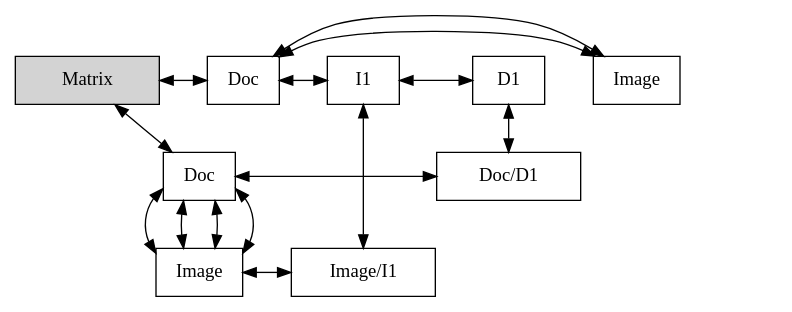
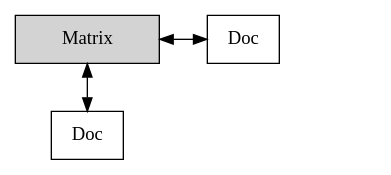
The diagram in MatrixDot.dot (EH0809/EDD_2S2019_PY2_201520498), drawn with Graphviz before and after one commit.

```diff
--- a/MatrixDot.dot
+++ b/MatrixDot.dot
@@ -1,40 +1,12 @@
 digraph Sparse_Matrix{
 node [shape=box]
 graph[nodesep = 0.5];
 Terminal [ label = "Matrix", width = 1.5, style = filled, group = 0 ];
 e0[ shape = point, width = 0 ]
 e1[ shape = point, width = 0 ]
 Terminal -> YDoc [dir=both];
-YDoc[label = "Doc " , group =0];
-YDoc-> YImage[dir=both];
-YDoc-> nD1_Doc[dir=both];
-{ rank = same; YDoc; nD1_Doc }
-YImage[label = "Image " , group =0];
-YImage-> YDoc[dir=both];
-YImage-> nI1_Image[dir=both];
-{ rank = same; YImage; nI1_Image }
-YDoc[label = "Doc " , group =0];
-YDoc-> YImage[dir=both];
-YImage[label = "Image " , group =0];
-YImage-> YDoc[dir=both];
 YDoc[label = "Doc " ,group =X0];
 Terminal -> XDoc [dir=both];
-XDoc[label = "Doc "  , group = XDoc];
-XDoc-> XImage[dir=both];
+XDoc[label = "Doc " , group =XDoc];
 { rank = same; Terminal; XDoc }
-XImage[label = "Image "  , group = XImage];
-XImage-> XDoc[dir=both];
-{ rank = same; Terminal; XImage }
-XDoc[label = "Doc "  , group = XDoc];
-XDoc-> XI1[dir=both];
-{ rank = same; Terminal; XDoc }
-XI1[label = "I1 "  , group = XI1];
-XI1-> XD1[dir=both];
-{ rank = same; Terminal; XI1 }
-nI1_Image[label = "Image/I1 "   width = 1.5, group =XI1];
-XI1->nI1_Image[dir=both];
-XD1[label = "D1 " , group =XD1];
-{ rank = same; Terminal; XD1 }
-nD1_Doc[label = "Doc/D1 "   width = 1.5, group =XD1];
-XD1-> nD1_Doc[dir=both];
 }
```
